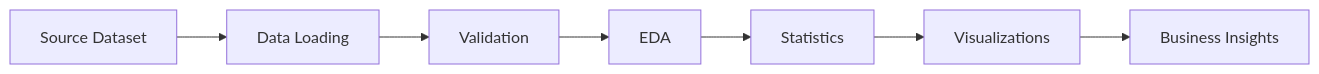
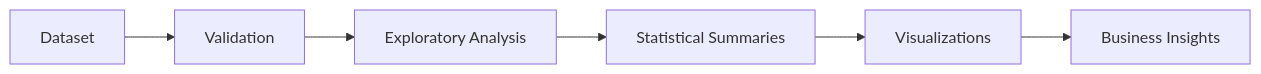
Before and after one commit to YoniAfengar/life-health-insurance-business-analytics: the diagram in README.md, drawn with Mermaid. The commit also changed other lines of this file, not shown here.

````diff
--- a/README.md
+++ b/README.md
@@ -108,9 +98,8 @@
-``` mermaid
+```mermaid
 flowchart LR
-    A[Source Dataset] --> B[Data Loading]
-    B --> C[Validation]
-    C --> D[EDA]
-    D --> E[Statistics]
-    E --> F[Visualizations]
-    F --> G[Business Insights]
+    A[Dataset] --> B[Validation]
+    B --> C[Exploratory Analysis]
+    C --> D[Statistical Summaries]
+    D --> E[Visualizations]
+    E --> F[Business Insights]
 ```
````
